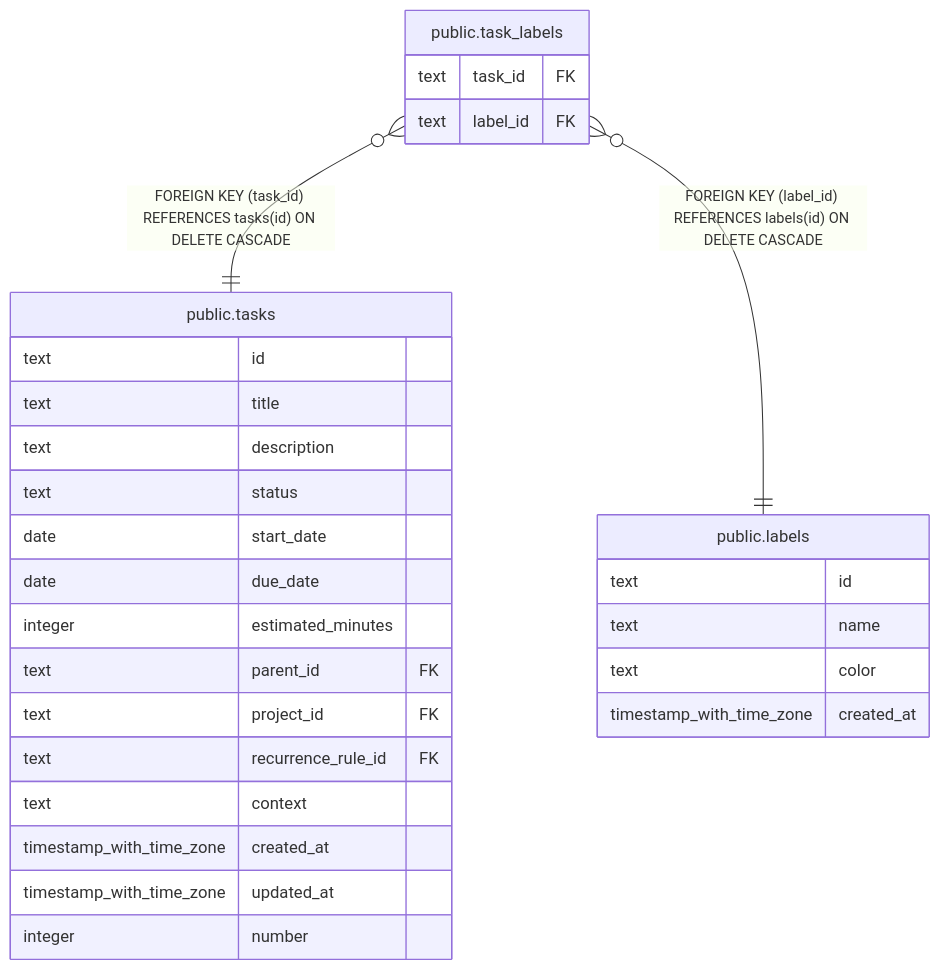
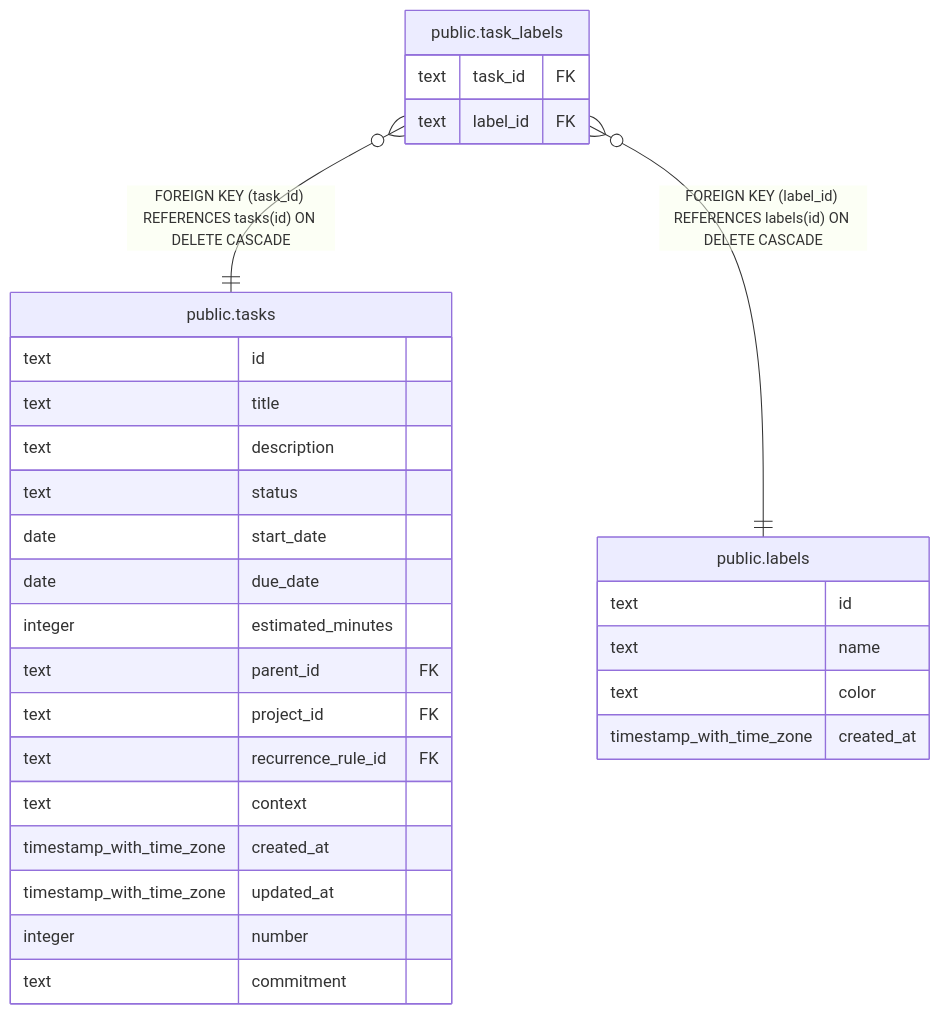
Before and after one commit to fohte/tq: the diagram in docs/db/public.task_labels.md, drawn with Mermaid. The commit also changed 75 other files, not shown here.

````diff
--- a/docs/db/public.task_labels.md
+++ b/docs/db/public.task_labels.md
@@ -28,33 +28,34 @@
 ```mermaid
 erDiagram
 
 "public.task_labels" }o--|| "public.tasks" : "FOREIGN KEY (task_id) REFERENCES tasks(id) ON DELETE CASCADE"
 "public.task_labels" }o--|| "public.labels" : "FOREIGN KEY (label_id) REFERENCES labels(id) ON DELETE CASCADE"
 
 "public.task_labels" {
   text task_id FK
   text label_id FK
 }
 "public.tasks" {
   text id
   text title
   text description
   text status
   date start_date
   date due_date
   integer estimated_minutes
   text parent_id FK
   text project_id FK
   text recurrence_rule_id FK
   text context
   timestamp_with_time_zone created_at
   timestamp_with_time_zone updated_at
   integer number
+  text commitment
 }
 "public.labels" {
   text id
   text name
   text color
   timestamp_with_time_zone created_at
 }
 ```
````
